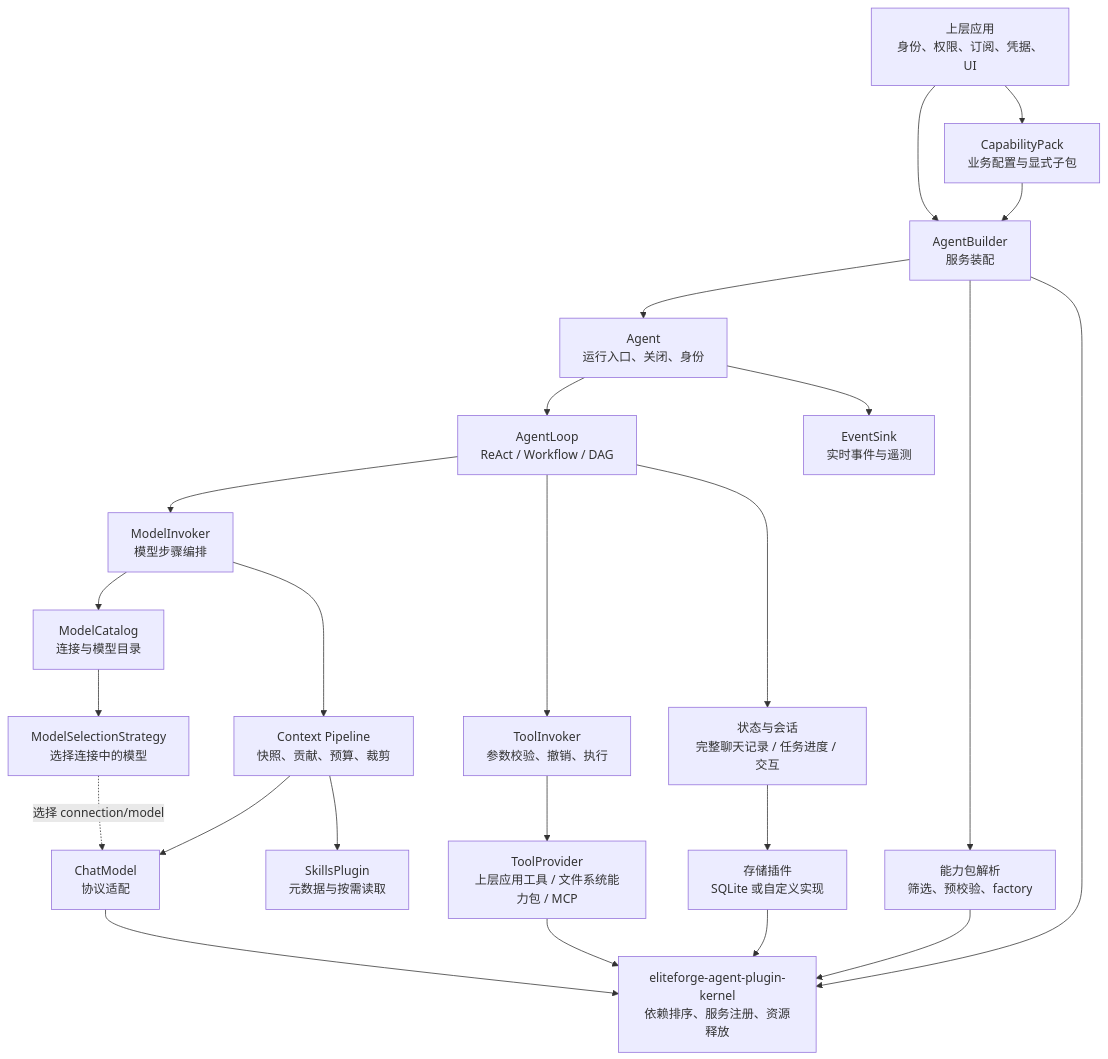
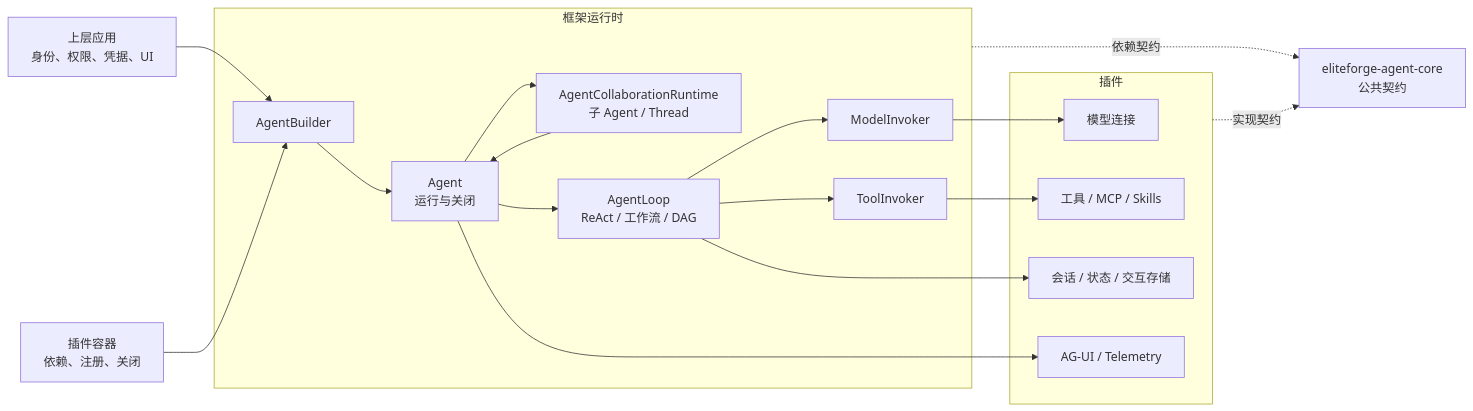
One commit to Penglai-Link/eliteforge-agent-framework changed the first of 18 diagrams in docs/architecture.md. Above: the diagram before and after it, drawn with Mermaid. The commit also changed other lines of this file and 23 other files, not shown here.

Commit message:
feat: add agent spawn and thread collaboration

````diff
--- a/docs/architecture.md
+++ b/docs/architecture.md
@@ -12,26 +12,29 @@
 ```mermaid
-flowchart TD
-    Application[上层应用\n身份、权限、订阅、凭据、UI] --> Builder[AgentBuilder\n服务装配]
-    Application --> CapabilityPack[CapabilityPack\n业务配置与显式子包]
-    CapabilityPack --> Builder
-    Builder --> Agent[Agent\n运行入口、关闭、身份]
-    Agent --> Loop[AgentLoop\nReAct / Workflow / DAG]
-    Loop --> ModelInvoker[ModelInvoker\n模型步骤编排]
-    ModelInvoker --> ModelCatalog[ModelCatalog\n连接与模型目录]
-    ModelCatalog --> ModelSelection[ModelSelectionStrategy\n选择连接中的模型]
-    ModelInvoker --> ContextPipeline[Context Pipeline\n快照、贡献、预算、裁剪]
-    Loop --> ToolInvoker[ToolInvoker\n参数校验、撤销、执行]
-    Loop --> State[状态与会话\n完整聊天记录 / 任务进度 / 交互]
-    ContextPipeline --> ChatModel[ChatModel\n协议适配]
-    ContextPipeline --> Skills[SkillsPlugin\n元数据与按需读取]
-    ModelSelection -.选择 connection/model.-> ChatModel
-    ToolInvoker --> ToolProvider[ToolProvider\n上层应用工具 / 文件系统能力包 / MCP]
-    State --> Storage[存储插件\nSQLite 或自定义实现]
-    Agent --> Events[EventSink\n实时事件与遥测]
-    Builder --> CapabilityResolver[能力包解析\n筛选、预校验、factory]
-    CapabilityResolver --> Kernel
-    Builder --> Kernel[eliteforge-agent-plugin-kernel\n依赖排序、服务注册、资源释放]
-    ChatModel --> Kernel
-    ToolProvider --> Kernel
-    Storage --> Kernel
+flowchart LR
+    App[上层应用<br/>身份、权限、凭据、UI] --> Builder[AgentBuilder]
+
+    subgraph Runtime[框架运行时]
+        Builder --> Agent[Agent<br/>运行与关闭]
+        Agent --> Loop[AgentLoop<br/>ReAct / 工作流 / DAG]
+        Loop --> Model[ModelInvoker]
+        Loop --> Tool[ToolInvoker]
+        Agent --> Collaboration[AgentCollaborationRuntime<br/>子 Agent / Thread]
+    end
+
+    subgraph Plugins[插件]
+        Models[模型连接]
+        Tools[工具 / MCP / Skills]
+        Stores[会话 / 状态 / 交互存储]
+        Outputs[AG-UI / Telemetry]
+    end
+
+    Model --> Models
+    Tool --> Tools
+    Loop --> Stores
+    Agent --> Outputs
+    Collaboration --> Agent
+
+    Runtime -. 依赖契约 .-> Core[eliteforge-agent-core<br/>公共契约]
+    Plugins -. 实现契约 .-> Core
+    Kernel[插件容器<br/>依赖、注册、关闭] --> Builder
 ```
````
